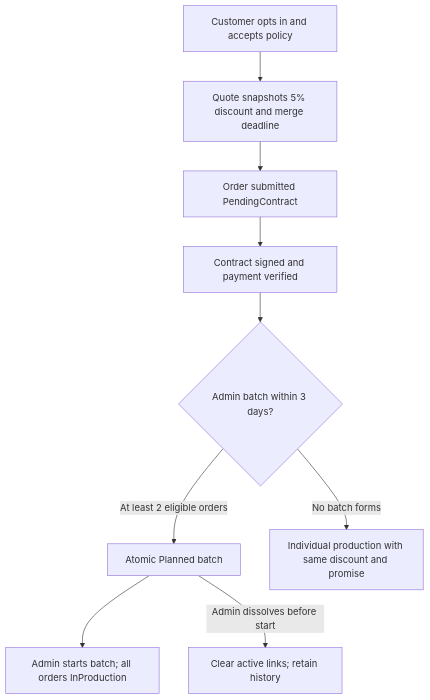
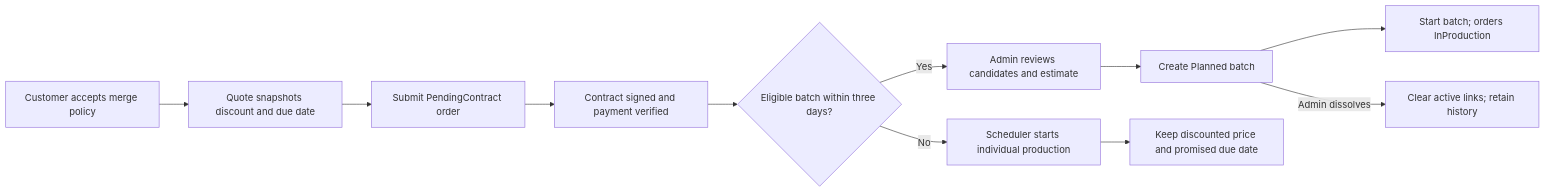
Before and after one commit to ankhanhwork/weavelink-project: the first of 2 diagrams in specs/spec-MFG-10.md, drawn with Mermaid. The commit also changed other lines of this file and 12 other files, not shown here.

````diff
--- a/specs/spec-MFG-10.md
+++ b/specs/spec-MFG-10.md
@@ -71,11 +67,13 @@
 ```mermaid
-flowchart TD
-  A[Customer opts in and accepts policy] --> B[Quote snapshots 5% discount and merge deadline]
-  B --> C[Order submitted PendingContract]
-  C --> D[Contract signed and payment verified]
-  D --> E{Admin batch within 3 days?}
-  E -->|At least 2 eligible orders| F[Atomic Planned batch]
-  F --> G[Admin starts batch; all orders InProduction]
-  F -->|Admin dissolves before start| H[Clear active links; retain history]
-  E -->|No batch forms| I[Individual production with same discount and promise]
+flowchart LR
+  OptIn[Customer accepts merge policy] --> Quote[Quote snapshots discount and due date]
+  Quote --> Order[Submit PendingContract order]
+  Order --> Paid[Contract signed and payment verified]
+  Paid --> Window{Eligible batch within three days?}
+  Window -->|Yes| Candidates[Admin reviews candidates and estimate]
+  Candidates --> Planned[Create Planned batch]
+  Planned --> Start[Start batch; orders InProduction]
+  Planned -->|Admin dissolves| Dissolve[Clear active links; retain history]
+  Window -->|No| Fallback[Scheduler starts individual production]
+  Fallback --> SameTerms[Keep discounted price and promised due date]
 ```
````
